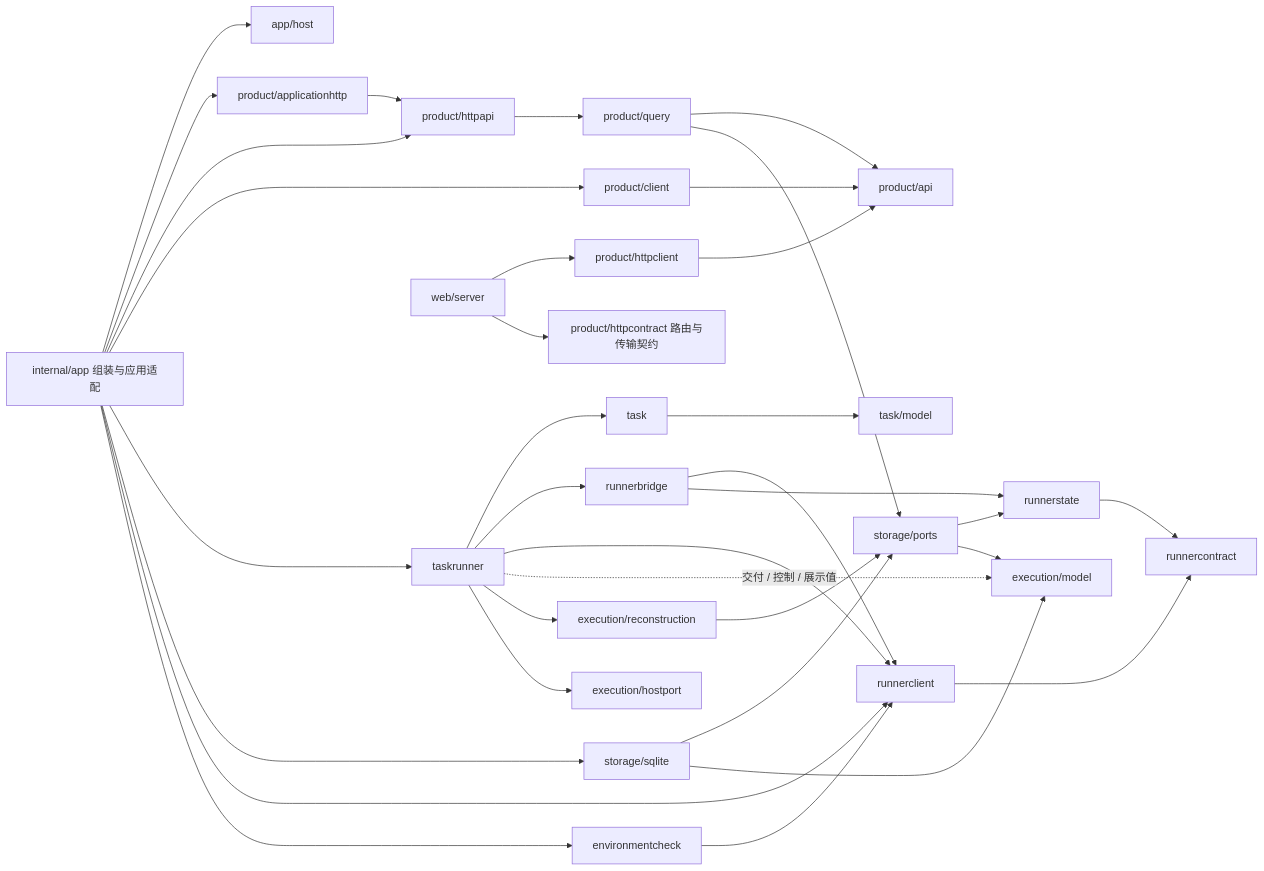
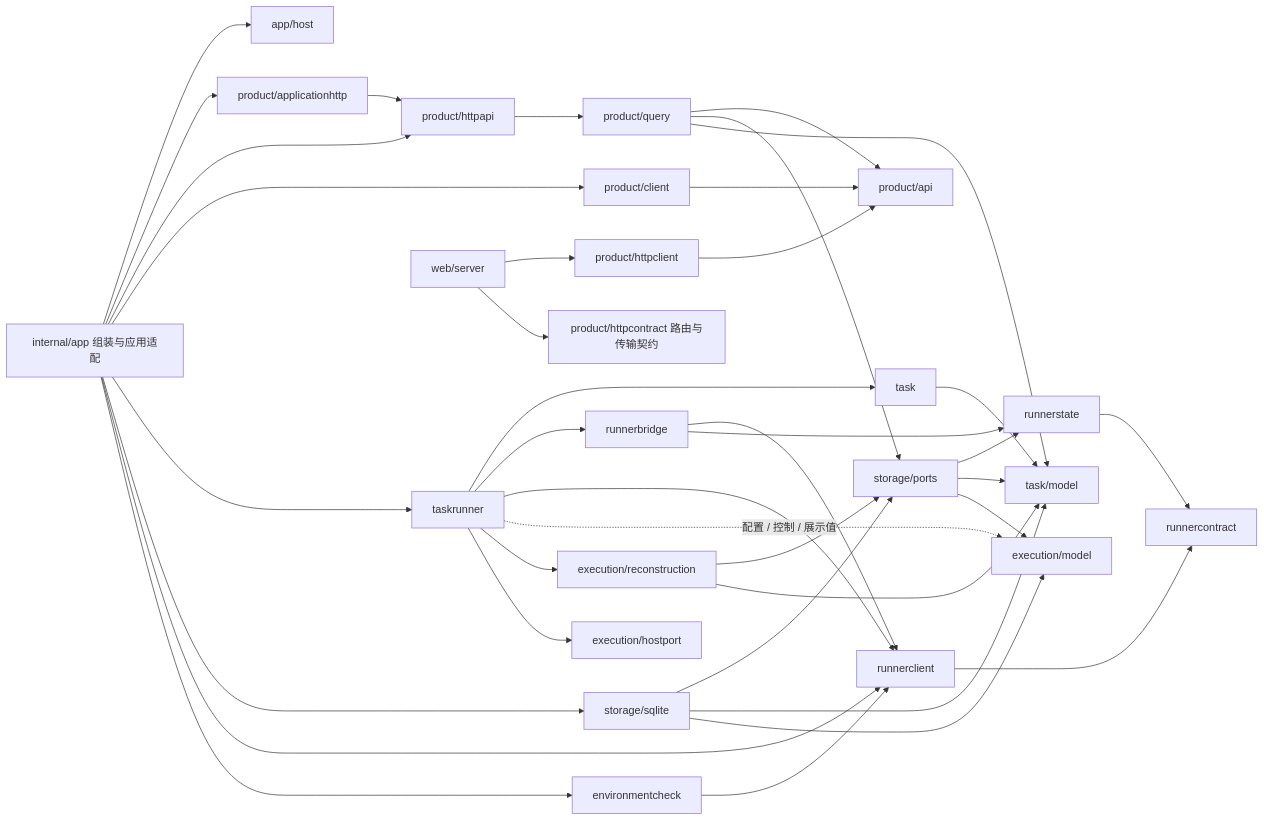
The second of 3 diagrams in docs/architecture/current-code-architecture.md (erranliu/SteerLine), drawn with Mermaid before and after one commit. The commit also changed other lines of this file and 7 other files, not shown here.

````diff
--- a/docs/architecture/current-code-architecture.md
+++ b/docs/architecture/current-code-architecture.md
@@ -50,36 +50,40 @@
 ```mermaid
 flowchart LR
     App[internal/app 组装与应用适配] --> Host[app/host]
     App --> AH[product/applicationhttp]
     App --> HA[product/httpapi]
     App --> Client[product/client]
     App --> TaskRunner[taskrunner]
     App --> SQLite[storage/sqlite]
     App --> RC[runnerclient]
     App --> EC[environmentcheck]
     WebServer[web/server] --> HC[product/httpclient]
     WebServer --> HContract[product/httpcontract 路由与传输契约]
     AH --> HA
     HA --> Q[product/query]
     Client --> API[product/api]
     HC --> API
     Q --> API
     Q --> Ports[storage/ports]
     SQLite --> Ports
     Ports --> RS
     TaskRunner --> Task[task]
     Task --> TM[task/model]
+    Ports --> TM
+    SQLite --> TM
+    Q --> TM
     TaskRunner --> Bridge[runnerbridge]
     TaskRunner --> RC
     Bridge --> RC
     EC --> RC
     RC --> Contract[runnercontract]
     Bridge --> RS[runnerstate]
     RS --> Contract
-    TaskRunner -. 交付 / 控制 / 展示值 .-> EM[execution/model]
+    TaskRunner -. 配置 / 控制 / 展示值 .-> EM[execution/model]
     TaskRunner --> Recon[execution/reconstruction]
     TaskRunner --> HP[execution/hostport]
     Recon --> Ports
+    Recon --> TM
     Ports --> EM
     SQLite --> EM
 ```
````
